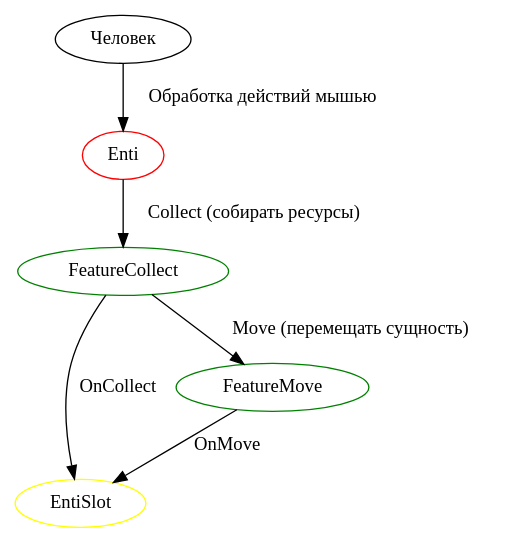
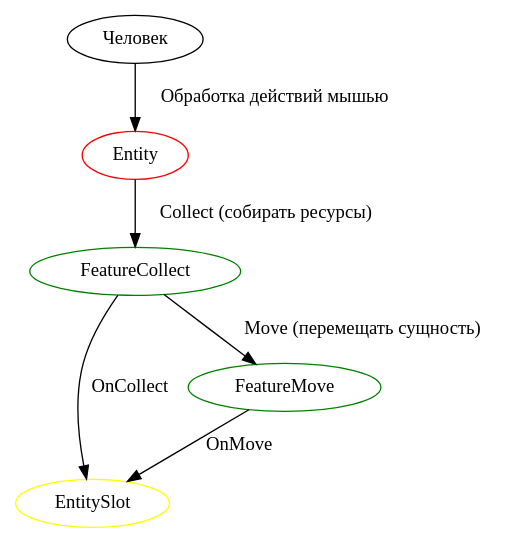
The diagram in docs/dot_diagrams/Command.dot (Akela1101/strategix), drawn with Graphviz before and after one commit. The commit also changed 46 other files, not shown here.

Commit message:
collect feature

```diff
--- a/docs/dot_diagrams/Command.dot
+++ b/docs/dot_diagrams/Command.dot
@@ -1,16 +1,16 @@
 digraph G 
 {
-	Человек -> Enti [label = "Обработка действий мышью"] 
-	Enti -> FeatureCollect [label = "Collect (собирать ресурсы)"] 
-	FeatureCollect -> EntiSlot [label = OnCollect]
+	Человек -> Entity [label = "Обработка действий мышью"]
+	Entity -> FeatureCollect [label = "Collect (собирать ресурсы)"]
+	FeatureCollect -> EntitySlot [label = OnCollect]
 	FeatureCollect -> FeatureMove [label = "Move (перемещать сущность)"]	
-	FeatureMove -> EntiSlot [label = OnMove]	
+	FeatureMove -> EntitySlot [label = OnMove]
 	
-	Enti [color = red]
+	Entity [color = red]
 	FeatureCollect [color = green]
 	FeatureMove [color = green]
-	EntiSlot [color = yellow]
+	EntitySlot [color = yellow]
 	
 	// {rank = same; FeatureMove; Map}
 	
 }
```
